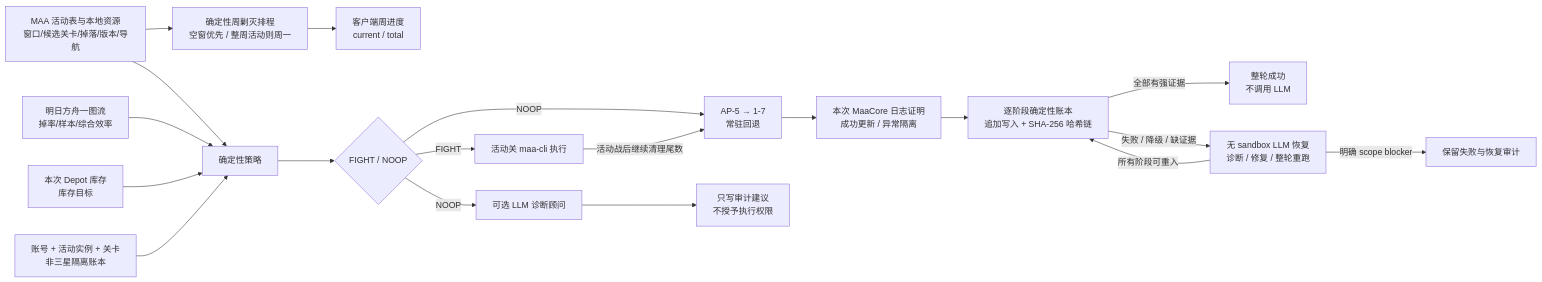
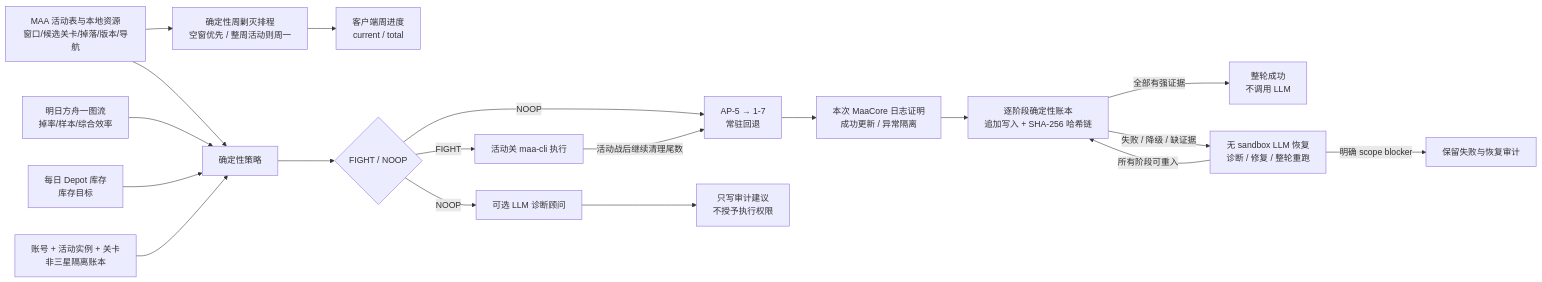
One commit to Pzzzzz5142/ZOOTd changed the diagram in docs/architecture.md. Above: the diagram before and after it, drawn with Mermaid. The commit also changed other lines of this file and 24 other files, not shown here.

````diff
--- a/docs/architecture.md
+++ b/docs/architecture.md
@@ -9,21 +9,21 @@
 ```mermaid
 flowchart LR
     M[MAA 活动表与本地资源<br/>窗口/候选关卡/掉落/版本/导航] --> P[确定性策略]
     Y[明日方舟一图流<br/>掉率/样本/综合效率] --> P
-    I[本次 Depot 库存<br/>库存目标] --> P
+    I[每日 Depot 库存<br/>库存目标] --> P
     C[账号 + 活动实例 + 关卡<br/>非三星隔离账本] --> P
     M --> W[确定性周剿灭排程<br/>空窗优先 / 整周活动则周一]
     W --> X[客户端周进度<br/>current / total]
     P --> D{FIGHT / NOOP}
     D -->|FIGHT| E[活动关 maa-cli 执行]
     D -->|NOOP| F[AP-5 → 1-7<br/>常驻回退]
     E -->|活动战后继续清理尾数| F
     D -->|NOOP| A[可选 LLM 诊断顾问]
     A --> R[只写审计建议<br/>不授予执行权限]
     F --> Q[本次 MaaCore 日志证明<br/>成功更新 / 异常隔离]
     Q --> S[逐阶段确定性账本<br/>追加写入 + SHA-256 哈希链]
     S -->|全部有强证据| Z[整轮成功<br/>不调用 LLM]
     S -->|失败 / 降级 / 缺证据| L[无 sandbox LLM 恢复<br/>诊断 / 修复 / 整轮重跑]
     L -->|所有阶段可重入| S
     L -->|明确 scope blocker| B[保留失败与恢复审计]
 ```
````
